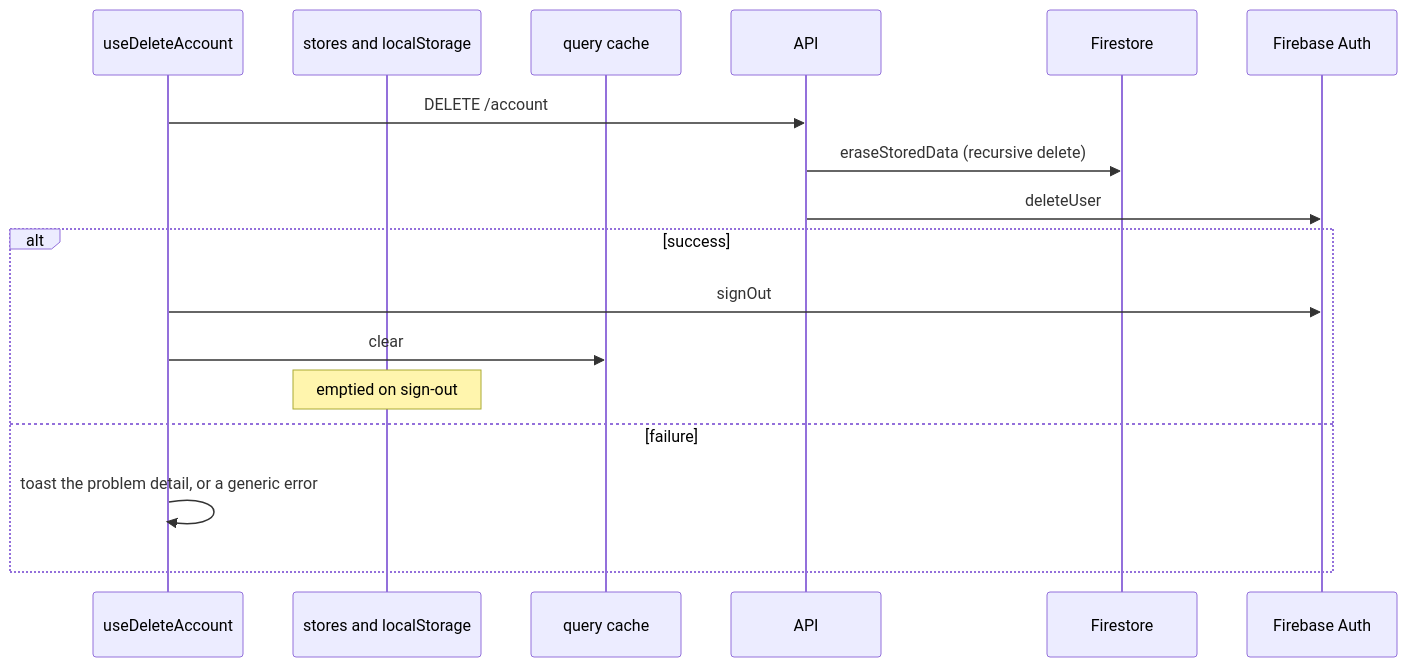
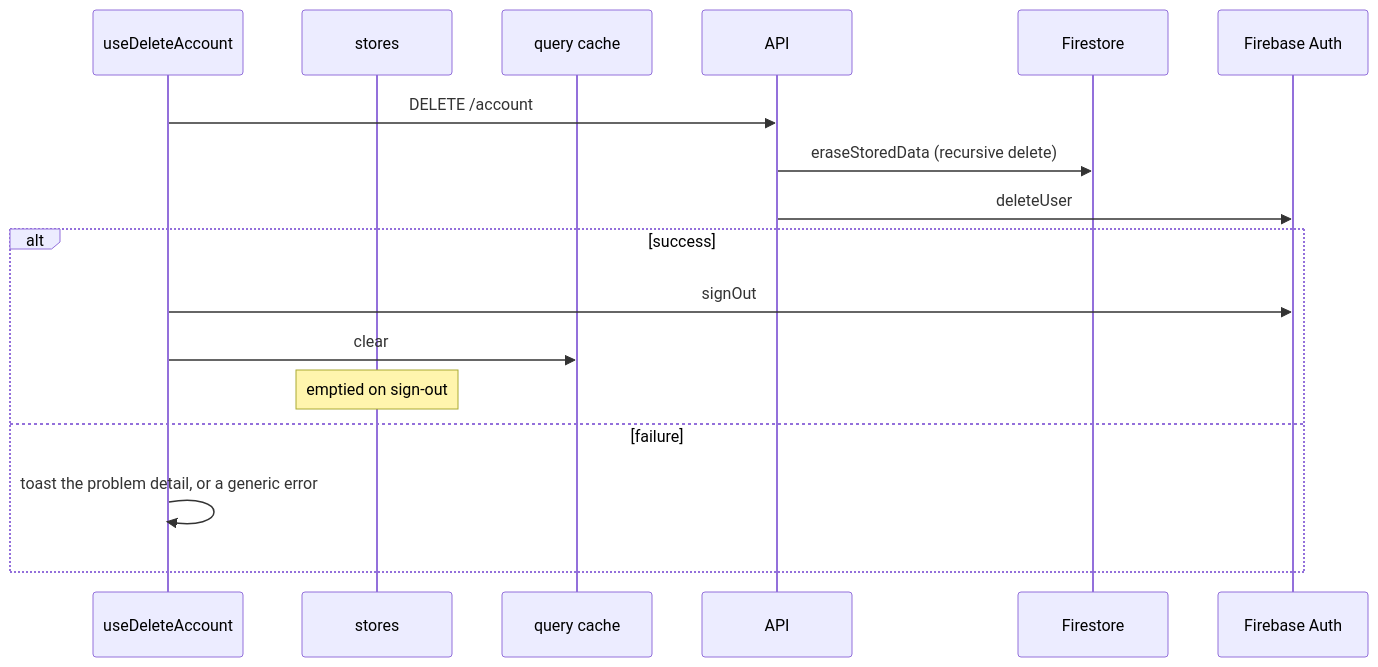
Before and after one commit to dungeon-studio/genshin.dungeon.studio: the fourth of 4 diagrams in docs/reference/data-flow-write-paths.md, drawn with Mermaid. The commit also changed other lines of this file and 32 other files, not shown here.

````diff
--- a/docs/reference/data-flow-write-paths.md
+++ b/docs/reference/data-flow-write-paths.md
@@ -170,20 +163,20 @@
 ```mermaid
 sequenceDiagram
   participant Hook as useDeleteAccount
-  participant Stores as stores and localStorage
+  participant Stores as stores
   participant Cache as query cache
   participant API as API
   participant FS as Firestore
   participant FA as Firebase Auth
 
   Hook->>API: DELETE /account
   API->>FS: eraseStoredData (recursive delete)
   API->>FA: deleteUser
   alt success
     Hook->>FA: signOut
     Hook->>Cache: clear
     Note over Stores: emptied on sign-out
   else failure
     Hook->>Hook: toast the problem detail, or a generic error
   end
 ```
````
